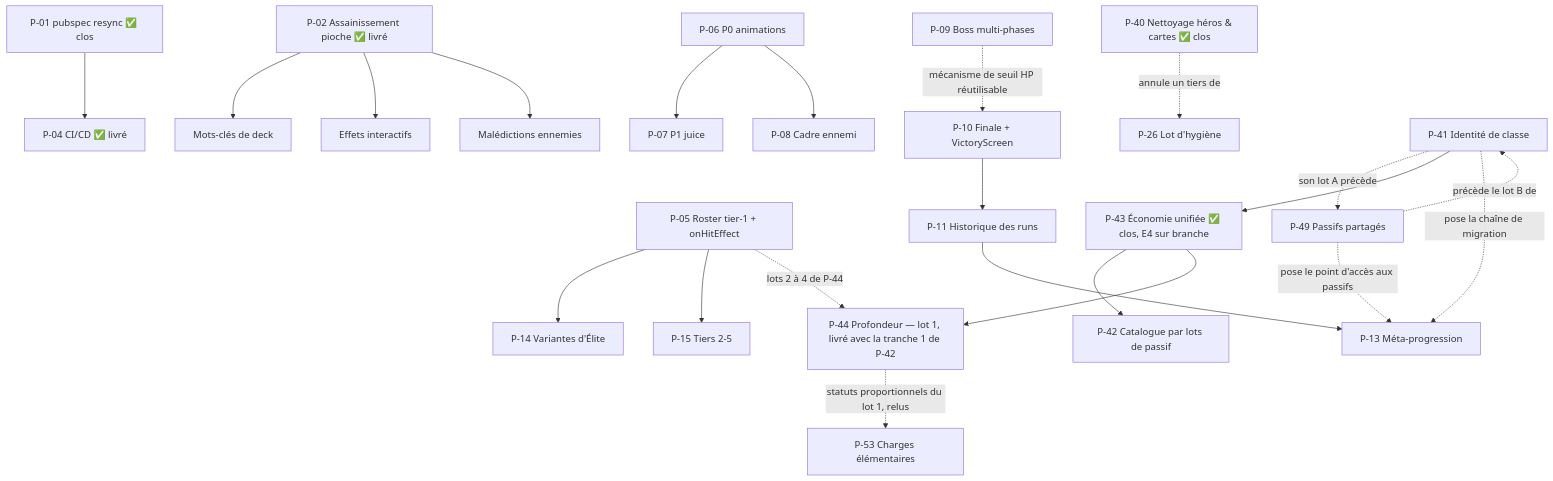
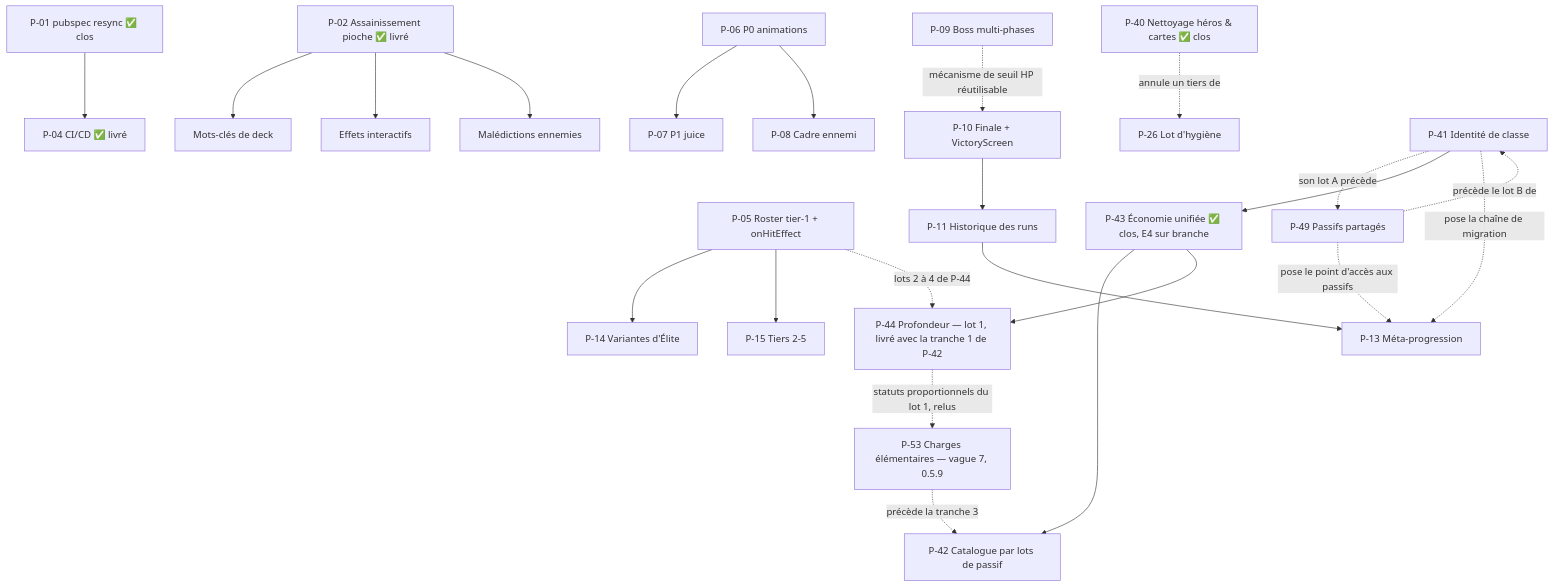
Before and after one commit to Hex-Umbra/hero-s-draft: the second of 3 diagrams in docs/ROADMAP.md, drawn with Mermaid. The commit also changed other lines of this file and 6 other files, not shown here.

First line of the commit message:
docs(orchestration): D76, une vague 0.5.9 pour les charges elementaires

````diff
--- a/docs/ROADMAP.md
+++ b/docs/ROADMAP.md
@@ -57,24 +57,25 @@
 ```mermaid
 graph TD
     P01["P-01 pubspec resync ✅ clos"] --> P04["P-04 CI/CD ✅ livré"]
     P02["P-02 Assainissement pioche ✅ livré"] --> B18[Mots-clés de deck]
     P02 --> B19[Effets interactifs]
     P02 --> B20[Malédictions ennemies]
     P05[P-05 Roster tier-1 + onHitEffect] --> P14[P-14 Variantes d'Élite]
     P05 --> P15[P-15 Tiers 2-5]
     P06[P-06 P0 animations] --> P07[P-07 P1 juice]
     P06 --> P08[P-08 Cadre ennemi]
     P10[P-10 Finale + VictoryScreen] --> P11[P-11 Historique des runs]
     P11 --> P13[P-13 Méta-progression]
     P09[P-09 Boss multi-phases] -.mécanisme de seuil HP réutilisable.-> P10
     P40["P-40 Nettoyage héros & cartes ✅ clos"] -.annule un tiers de.-> P26[P-26 Lot d'hygiène]
     P41[P-41 Identité de classe] -.son lot A précède.-> P49[P-49 Passifs partagés]
     P49 -.précède le lot B de.-> P41
     P41 --> P43["P-43 Économie unifiée ✅ clos, E4 sur branche"]
     P43 --> P42[P-42 Catalogue par lots de passif]
     P43 --> P44["P-44 Profondeur — lot 1, livré avec la tranche 1 de P-42"]
-    P44 -.statuts proportionnels du lot 1, relus.-> P53["P-53 Charges élémentaires"]
+    P44 -.statuts proportionnels du lot 1, relus.-> P53["P-53 Charges élémentaires — vague 7, 0.5.9"]
+    P53 -.précède la tranche 3.-> P42
     P05 -.lots 2 à 4 de P-44.-> P44
     P49 -.pose le point d'accès aux passifs.-> P13
     P41 -.pose la chaîne de migration.-> P13
 ```
````
